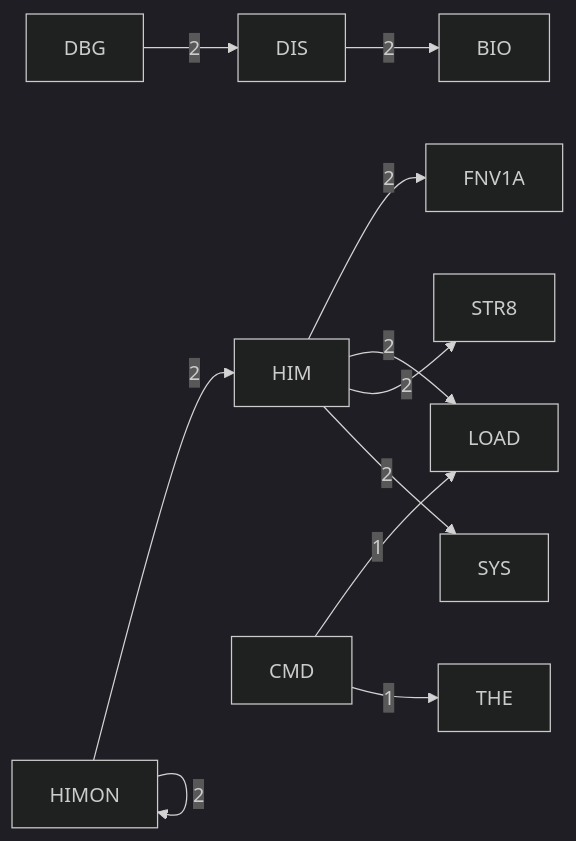
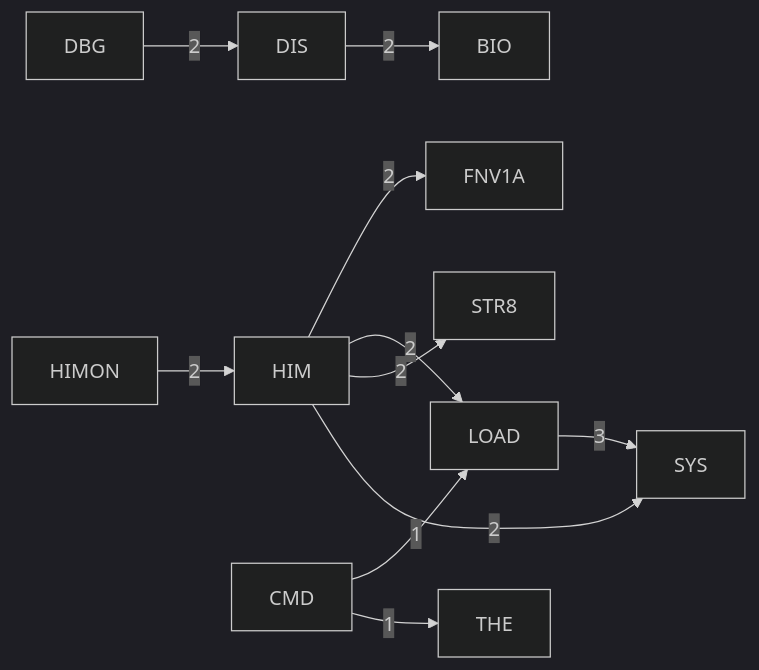
One commit to 95westus/R-YORS changed the fourth of 6 diagrams in DOC/GENERATED/HIMON_SUPPORT_MAP.md. Above: the diagram before and after it, drawn with Mermaid (dark theme). The commit also changed other lines of this file and 53 other files, not shown here.

````diff
--- a/DOC/GENERATED/HIMON_SUPPORT_MAP.md
+++ b/DOC/GENERATED/HIMON_SUPPORT_MAP.md
@@ -63,13 +63,13 @@
 ```mermaid
 flowchart LR
+    P_LOAD[LOAD] -->|3| P_SYS[SYS]
     P_DBG[DBG] -->|2| P_DIS[DIS]
     P_DIS[DIS] -->|2| P_BIO[BIO]
     P_HIM[HIM] -->|2| P_FNV1A[FNV1A]
     P_HIM[HIM] -->|2| P_LOAD[LOAD]
     P_HIM[HIM] -->|2| P_STR8[STR8]
     P_HIM[HIM] -->|2| P_SYS[SYS]
     P_HIMON[HIMON] -->|2| P_HIM[HIM]
-    P_HIMON[HIMON] -->|2| P_HIMON[HIMON]
     P_CMD[CMD] -->|1| P_LOAD[LOAD]
     P_CMD[CMD] -->|1| P_THE[THE]
 ```
````
